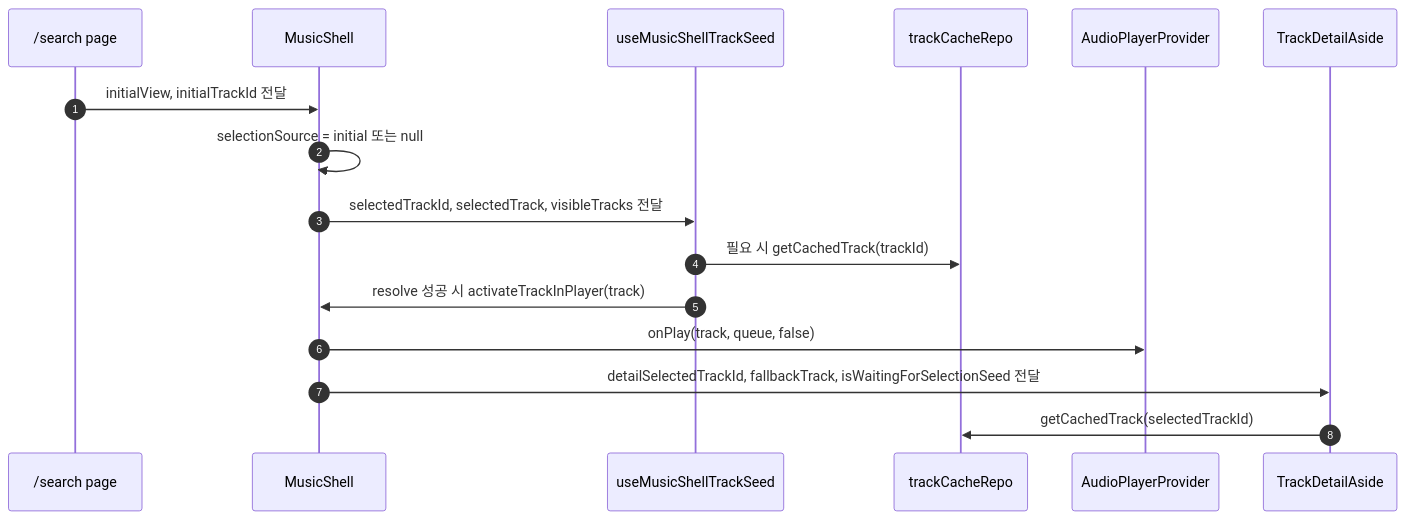
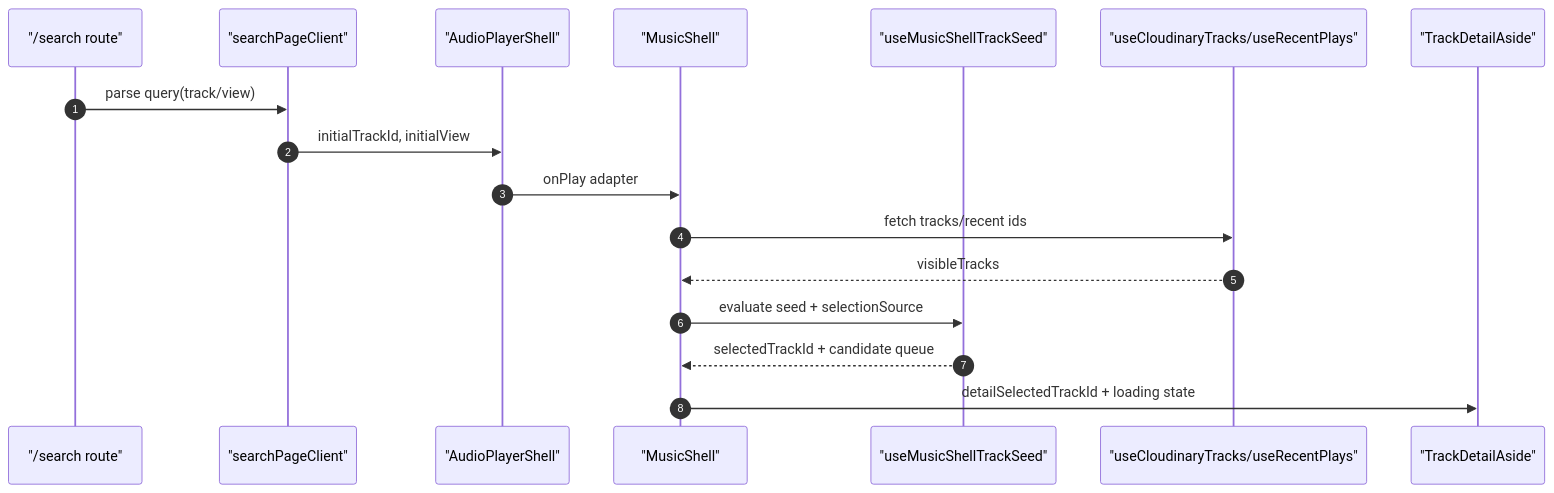
Before and after one commit to HappyMarmot123/EDMM: the third of 12 diagrams in docs/architecture/README.md, drawn with Mermaid. The commit also changed other lines of this file, not shown here.

Commit message:
docs: architecturer updated

````diff
--- a/docs/architecture/README.md
+++ b/docs/architecture/README.md
@@ -66,19 +143,19 @@
 ```mermaid
 sequenceDiagram
-  autonumber
-  participant Route as /search page
-  participant Shell as MusicShell
-  participant Seed as useMusicShellTrackSeed
-  participant Cache as trackCacheRepo
-  participant Player as AudioPlayerProvider
-  participant Detail as TrackDetailAside
-
-  Route->>Shell: initialView, initialTrackId 전달
-  Shell->>Shell: selectionSource = initial 또는 null
-  Shell->>Seed: selectedTrackId, selectedTrack, visibleTracks 전달
-  Seed->>Cache: 필요 시 getCachedTrack(trackId)
-  Seed->>Shell: resolve 성공 시 activateTrackInPlayer(track)
-  Shell->>Player: onPlay(track, queue, false)
-  Shell->>Detail: detailSelectedTrackId, fallbackTrack, isWaitingForSelectionSeed 전달
-  Detail->>Cache: getCachedTrack(selectedTrackId)
+autonumber
+participant Route as "/search route"
+participant Client as "searchPageClient"
+participant AudioShell as "AudioPlayerShell"
+participant Shell as "MusicShell"
+participant Seed as "useMusicShellTrackSeed"
+participant Tracks as "useCloudinaryTracks/useRecentPlays"
+participant Detail as "TrackDetailAside"
+Route->>Client: parse query(track/view)
+Client->>AudioShell: initialTrackId, initialView
+AudioShell->>Shell: onPlay adapter
+Shell->>Tracks: fetch tracks/recent ids
+Tracks-->>Shell: visibleTracks
+Shell->>Seed: evaluate seed + selectionSource
+Seed-->>Shell: selectedTrackId + candidate queue
+Shell->>Detail: detailSelectedTrackId + loading state
 ```
````
